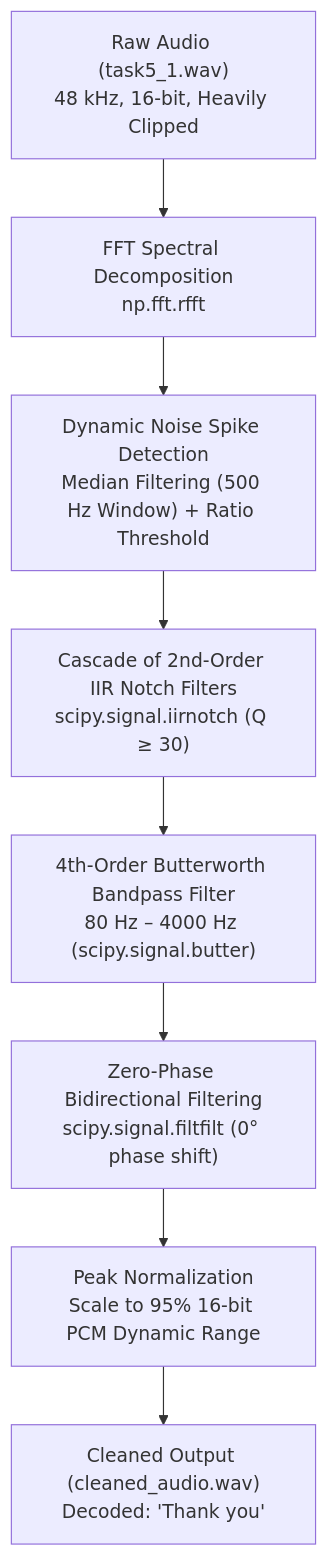
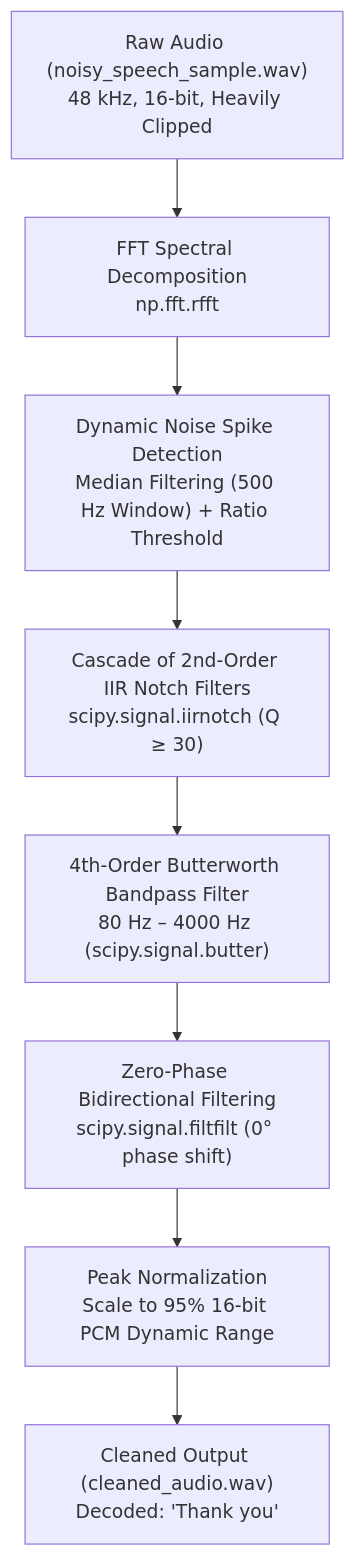
One commit to Mustafa700aa/Audio-denoising-hidden-word-recovery changed the diagram in README.md. Above: the diagram before and after it, drawn with Mermaid. The commit also changed other lines of this file and 5 other files, not shown here.

Commit message:
refactor: rename files to descriptive project names (speech_denoiser, noisy_speech_sample, speech_denoising_pipeline)

````diff
--- a/README.md
+++ b/README.md
@@ -58,10 +58,10 @@
 ```mermaid
 flowchart TD
-    A["Raw Audio (task5_1.wav)\n48 kHz, 16-bit, Heavily Clipped"] --> B["FFT Spectral Decomposition\nnp.fft.rfft"]
+    A["Raw Audio (noisy_speech_sample.wav)\n48 kHz, 16-bit, Heavily Clipped"] --> B["FFT Spectral Decomposition\nnp.fft.rfft"]
     B --> C["Dynamic Noise Spike Detection\nMedian Filtering (500 Hz Window) + Ratio Threshold"]
     C --> D["Cascade of 2nd-Order IIR Notch Filters\nscipy.signal.iirnotch (Q ≥ 30)"]
     D --> E["4th-Order Butterworth Bandpass Filter\n80 Hz – 4000 Hz (scipy.signal.butter)"]
     E --> F["Zero-Phase Bidirectional Filtering\nscipy.signal.filtfilt (0° phase shift)"]
     F --> G["Peak Normalization\nScale to 95% 16-bit PCM Dynamic Range"]
     G --> H["Cleaned Output (cleaned_audio.wav)\nDecoded: 'Thank you'"]
 ```
````
